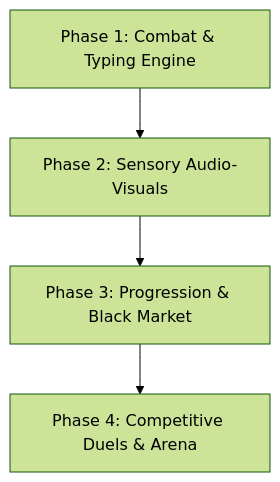
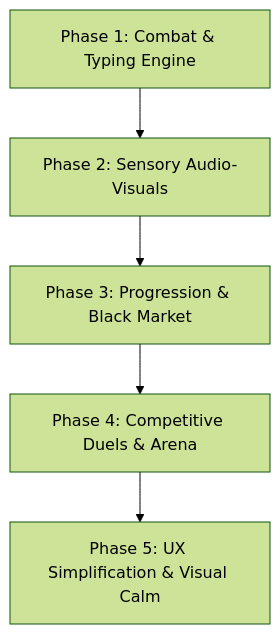
One commit to NathanP278/speedtype changed the diagram in .gsd/ROADMAP.md. Above: the diagram before and after it, drawn with Mermaid (forest theme). The commit also changed other lines of this file and 7 other files, not shown here.

````diff
--- a/.gsd/ROADMAP.md
+++ b/.gsd/ROADMAP.md
@@ -31,6 +38,7 @@
 ```mermaid
 flowchart TD
     P1["Phase 1: Combat & Typing Engine"] --> P2["Phase 2: Sensory Audio-Visuals"]
     P2 --> P3["Phase 3: Progression & Black Market"]
     P3 --> P4["Phase 4: Competitive Duels & Arena"]
+    P4 --> P5["Phase 5: UX Simplification & Visual Calm"]
 ```
````
